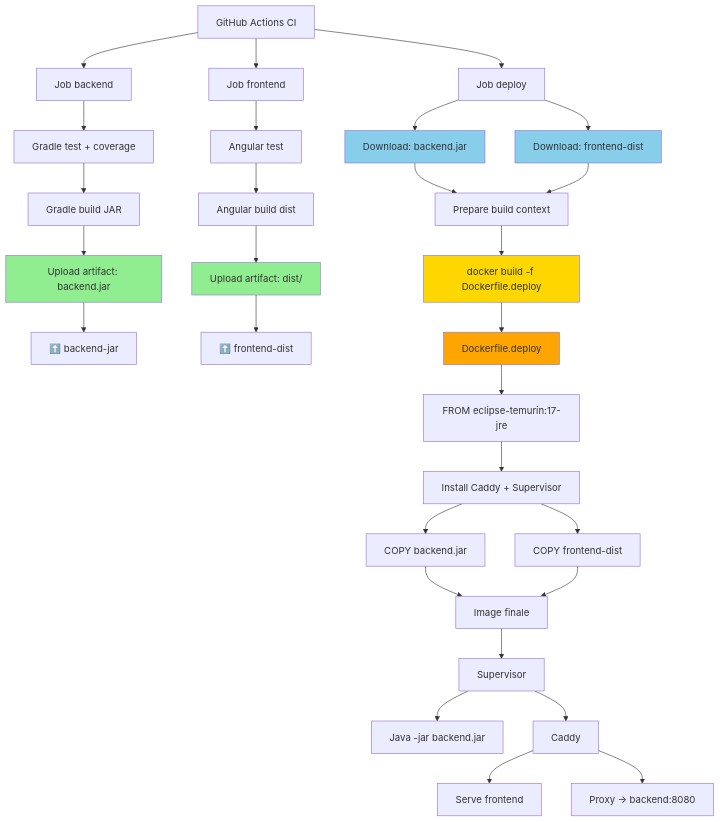
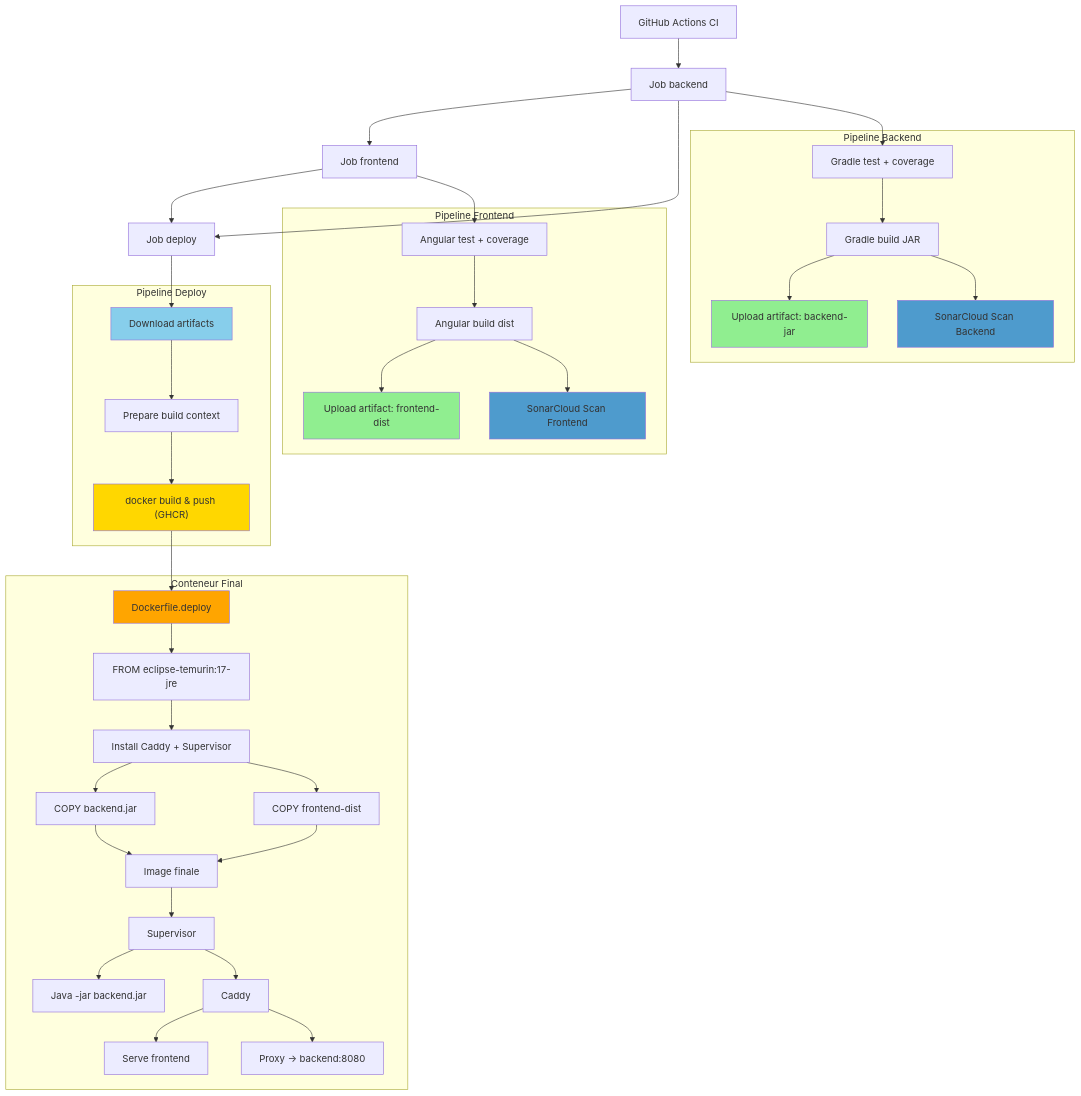
Before and after one commit to mathador/p9_OrionMicroCrm: the diagram in docs/dockers.mermaid, drawn with Mermaid. The commit also changed 1 other file, not shown here.

Commit message:
modif caddy pour com front back

```diff
--- a/docs/dockers.mermaid
+++ b/docs/dockers.mermaid
@@ -1,46 +1,53 @@
 flowchart TD
 
     A[GitHub Actions CI] --> B[Job backend]
-    A --> C[Job frontend]
-    A --> D[Job deploy]
+    B --> C[Job frontend]
+    C --> D[Job deploy]
+    B --> D
 
-    B --> B1[Gradle test + coverage]
-    B1 --> B2[Gradle build JAR]
-    B2 --> B3["Upload artifact: backend.jar"]
-    B3 --> B4["⬆️ backend-jar"]
+    subgraph Backend [Pipeline Backend]
+        B1[Gradle test + coverage] --> B2[Gradle build JAR]
+        B2 --> B3["Upload artifact: backend-jar"]
+        B2 --> B5["SonarCloud Scan Backend"]
+    end
+    B --> B1
 
-    C --> C1[Angular test]
-    C1 --> C2[Angular build dist]
-    C2 --> C3["Upload artifact: dist/"]
-    C3 --> C4["⬆️ frontend-dist"]
+    subgraph Frontend [Pipeline Frontend]
+        C1[Angular test + coverage] --> C2[Angular build dist]
+        C2 --> C3["Upload artifact: frontend-dist"]
+        C2 --> C5["SonarCloud Scan Frontend"]
+    end
+    C --> C1
 
-    D --> D1["Download: backend.jar"]
-    D --> D2["Download: frontend-dist"]
-    D1 --> D3["Prepare build context"]
-    D2 --> D3
-
-    D3 --> E["docker build -f Dockerfile.deploy"]
+    subgraph Deploy [Pipeline Deploy]
+        D1["Download artifacts"] --> D3["Prepare build context"]
+        D3 --> E["docker build & push (GHCR)"]
+    end
+    D --> D1
 
     E --> F[Dockerfile.deploy]
 
-    F --> G["FROM eclipse-temurin:17-jre"]
-    G --> H["Install Caddy + Supervisor"]
-    H --> I["COPY backend.jar"]
-    H --> J["COPY frontend-dist"]
+    subgraph Container [Conteneur Final]
+        F --> G["FROM eclipse-temurin:17-jre"]
+        G --> H["Install Caddy + Supervisor"]
+        H --> I["COPY backend.jar"]
+        H --> J["COPY frontend-dist"]
 
-    I --> K["Image finale"]
-    J --> K
+        I --> K["Image finale"]
+        J --> K
 
-    K --> L[Supervisor]
-    L --> M["Java -jar backend.jar"]
-    L --> N["Caddy"]
+        K --> L[Supervisor]
+        L --> M["Java -jar backend.jar"]
+        L --> N["Caddy"]
 
-    N --> O["Serve frontend"]
-    N --> P["Proxy -> backend:8080"]
+        N --> O["Serve frontend"]
+        N --> P["Proxy -> backend:8080"]
+    end
 
     style B3 fill:#90EE90
     style C3 fill:#90EE90
     style D1 fill:#87CEEB
-    style D2 fill:#87CEEB
     style E fill:#FFD700
     style F fill:#FFA500
+    style B5 fill:#4e9bcd
+    style C5 fill:#4e9bcd
```
